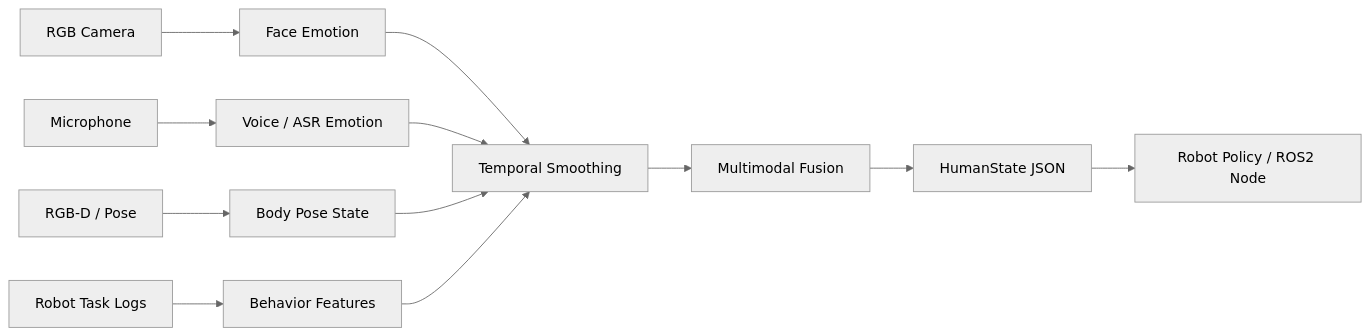
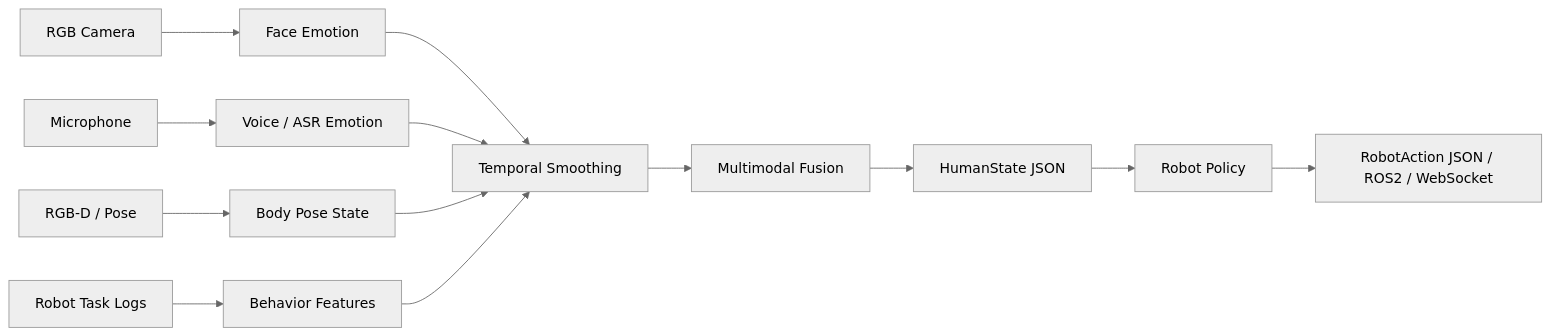
Before and after one commit to chenjx421/RehabAffectPerception: the diagram in README.md, drawn with Mermaid (neutral theme). The commit also changed other lines of this file and 835 other files, not shown here.

````diff
--- a/README.md
+++ b/README.md
@@ -42,14 +121,15 @@
 ```mermaid
 flowchart LR
     A["RGB Camera"] --> B["Face Emotion"]
     C["Microphone"] --> D["Voice / ASR Emotion"]
     E["RGB-D / Pose"] --> F["Body Pose State"]
     G["Robot Task Logs"] --> H["Behavior Features"]
     B --> I["Temporal Smoothing"]
     D --> I
     F --> I
     H --> I
     I --> J["Multimodal Fusion"]
     J --> K["HumanState JSON"]
-    K --> L["Robot Policy / ROS2 Node"]
+    K --> L["Robot Policy"]
+    L --> M["RobotAction JSON / ROS2 / WebSocket"]
 ```
````
